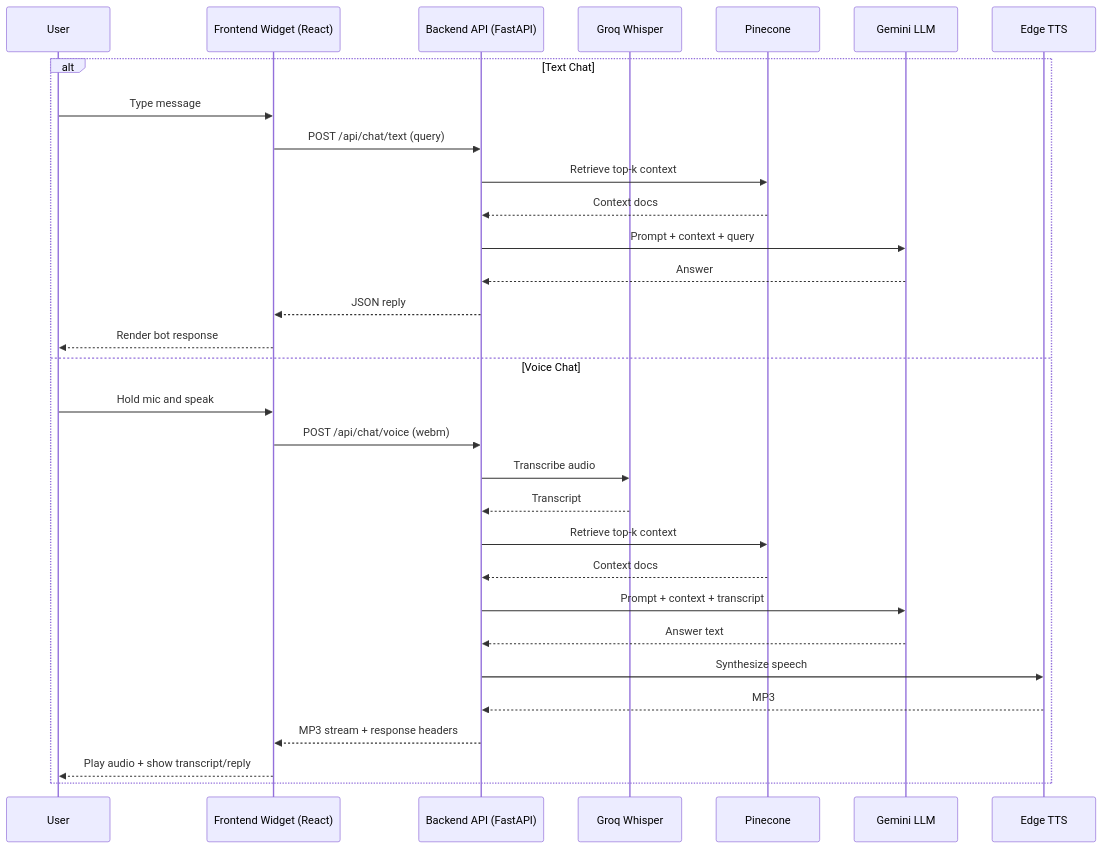
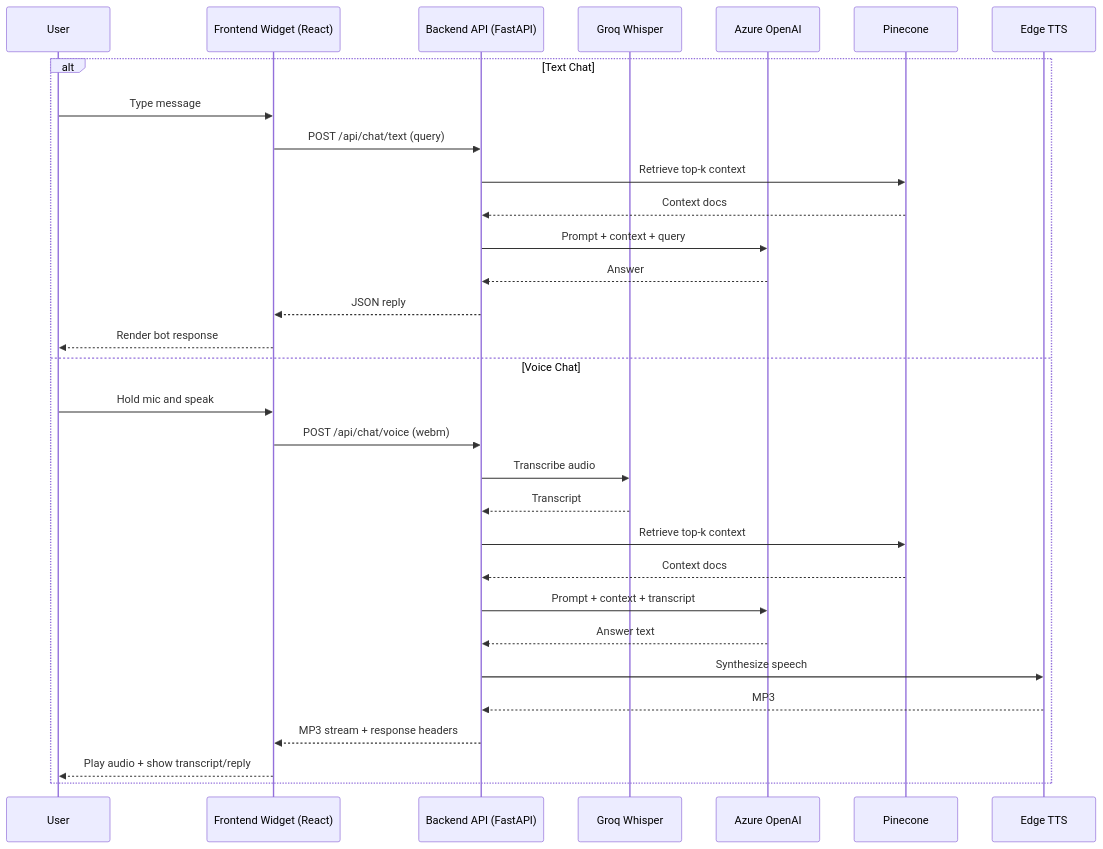
The diagram in docs/ARCHITECTURE.md (Deep-desire/Digicoco-Chatbot), drawn with Mermaid before and after one commit. The commit also changed other lines of this file and 23 other files, not shown here.

````diff
--- a/docs/ARCHITECTURE.md
+++ b/docs/ARCHITECTURE.md
@@ -93,34 +106,34 @@
 ```mermaid
 sequenceDiagram
     participant U as User
     participant F as Frontend Widget (React)
     participant B as Backend API (FastAPI)
-    participant G as Groq Whisper
+  participant G as Groq Whisper
+  participant A as Azure OpenAI
     participant P as Pinecone
-    participant L as Gemini LLM
     participant T as Edge TTS
 
     alt Text Chat
         U->>F: Type message
         F->>B: POST /api/chat/text (query)
         B->>P: Retrieve top-k context
         P-->>B: Context docs
-        B->>L: Prompt + context + query
-        L-->>B: Answer
+        B->>A: Prompt + context + query
+        A-->>B: Answer
         B-->>F: JSON reply
         F-->>U: Render bot response
     else Voice Chat
         U->>F: Hold mic and speak
         F->>B: POST /api/chat/voice (webm)
         B->>G: Transcribe audio
         G-->>B: Transcript
         B->>P: Retrieve top-k context
         P-->>B: Context docs
-        B->>L: Prompt + context + transcript
-        L-->>B: Answer text
+        B->>A: Prompt + context + transcript
+        A-->>B: Answer text
         B->>T: Synthesize speech
         T-->>B: MP3
         B-->>F: MP3 stream + response headers
         F-->>U: Play audio + show transcript/reply
     end
 ```
````
